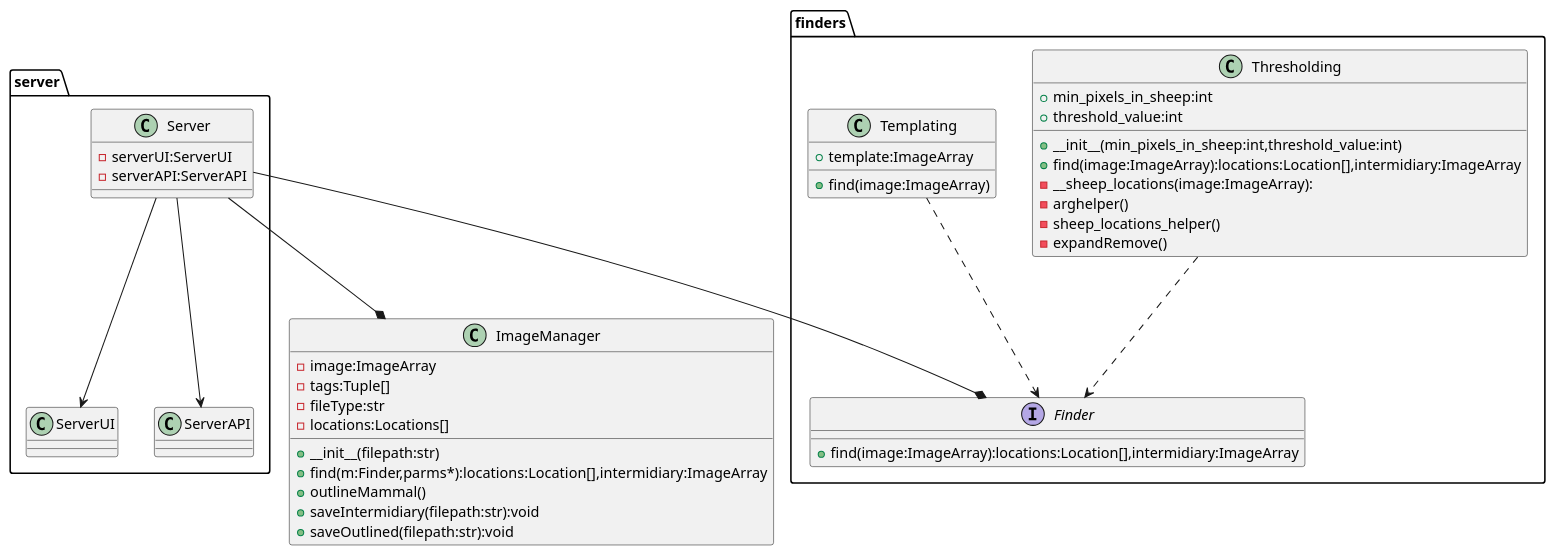
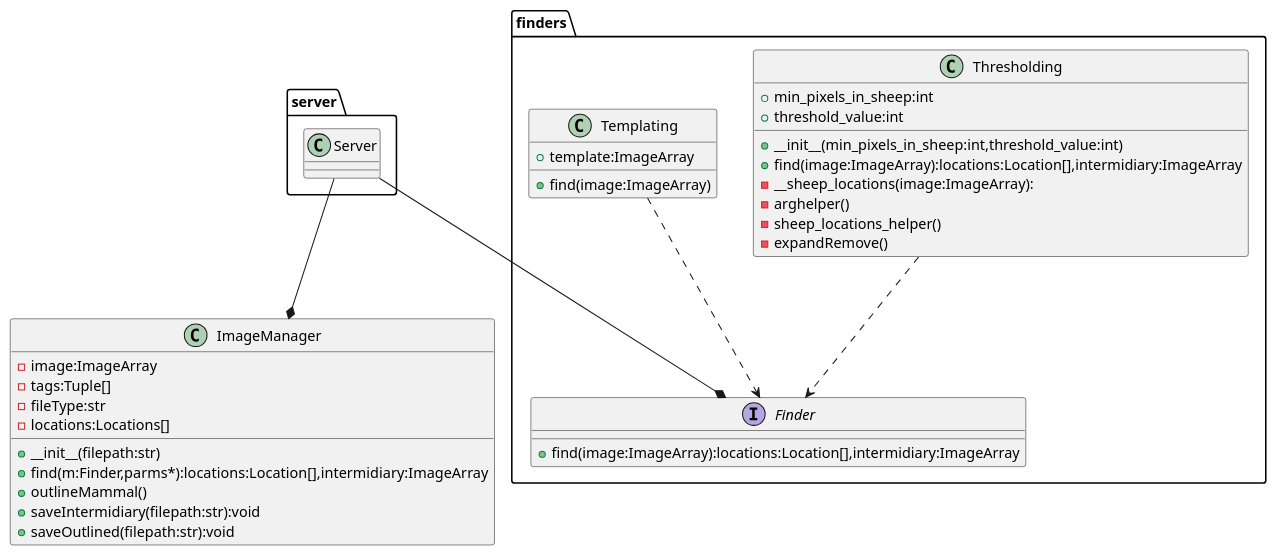
The diagram in docs/uml.pu (IdrisTheDragon/wherearemysheep), drawn with PlantUML before and after one commit. The commit also changed 42 other files, not shown here.

```diff
--- a/docs/uml.pu
+++ b/docs/uml.pu
@@ -1,53 +1,44 @@
 @startuml
 class ImageManager{
     -image:ImageArray
     -tags:Tuple[]
     -fileType:str
     -locations:Locations[]
 
     +__init__(filepath:str)
     +find(m:Finder,parms*):locations:Location[],intermidiary:ImageArray
     +outlineMammal()
     +saveIntermidiary(filepath:str):void
     +saveOutlined(filepath:str):void
 }
 
 package server{
     class Server{
-        -serverUI:ServerUI
-        -serverAPI:ServerAPI
-    }
-    class ServerUI{
-
-    }
-    class ServerAPI{
-
     }
 }
 
 package finders{
     interface Finder{
         +find(image:ImageArray):locations:Location[],intermidiary:ImageArray
     }
     class Thresholding{
         +min_pixels_in_sheep:int
         +threshold_value:int
         +__init__(min_pixels_in_sheep:int,threshold_value:int)
         +find(image:ImageArray):locations:Location[],intermidiary:ImageArray
         -__sheep_locations(image:ImageArray):
         -arghelper()
         -sheep_locations_helper()
         -expandRemove()
     }
     class Templating{
         +template:ImageArray
         +find(image:ImageArray)
     }
 }
 Thresholding ..> Finder
 Templating ..> Finder
 Server --* ImageManager
 Server --* Finder
-Server --> ServerAPI
-Server --> ServerUI
+
 @enduml
```
